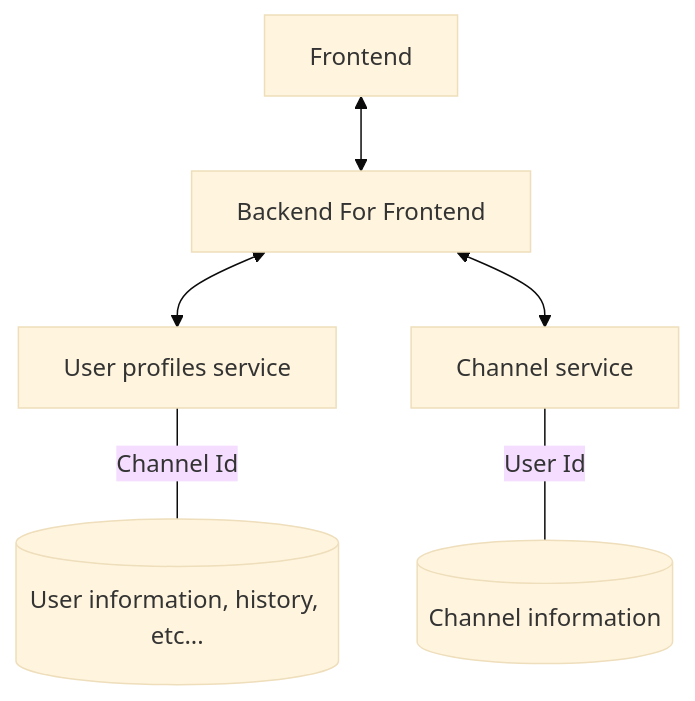
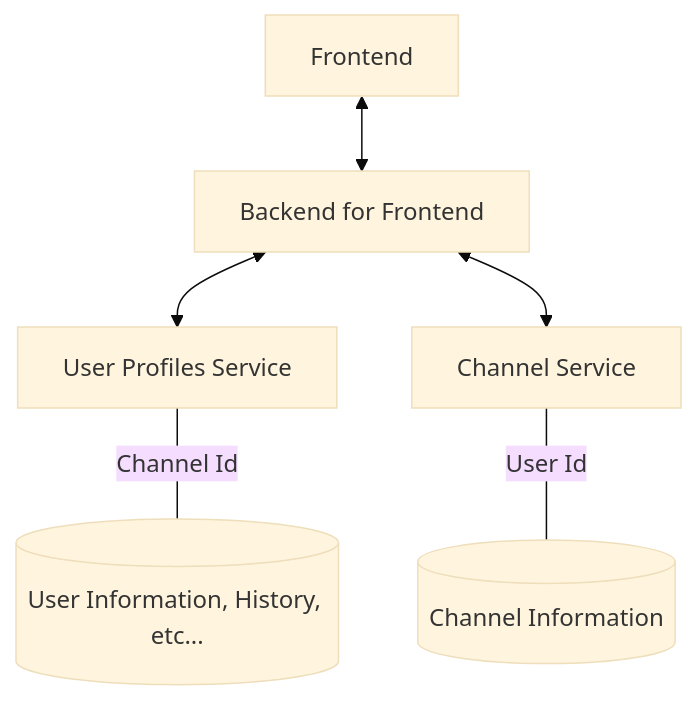
Before and after one commit to kevthunder/Vention-system-design-assessment: the tenth of 12 diagrams in docs/README.md, drawn with Mermaid (base theme). The commit also changed other lines of this file and 1 other file, not shown here.

````diff
--- a/docs/README.md
+++ b/docs/README.md
@@ -240,14 +245,14 @@
 ```mermaid
 flowchart TD
     Frontend[Frontend]
-    BFF[Backend For Frontend]
+    BFF[Backend for Frontend]
     Frontend <--> BFF
 
-    User[User profiles service]
-    UserDB[(User information, history, etc...)]
-    BFF <--> User -- Channel Id --- UserDB
+    User[User Profiles Service]
+    UserDb[(User Information, History, etc...)]
+    BFF <--> User -- Channel Id --- UserDb
 
-    Channel[Channel service]
-    ChannelDB[(Channel information)]
-    BFF <--> Channel -- User Id --- ChannelDB
+    Channel[Channel Service]
+    ChannelDb[(Channel Information)]
+    BFF <--> Channel -- User Id --- ChannelDb
 ```
````
